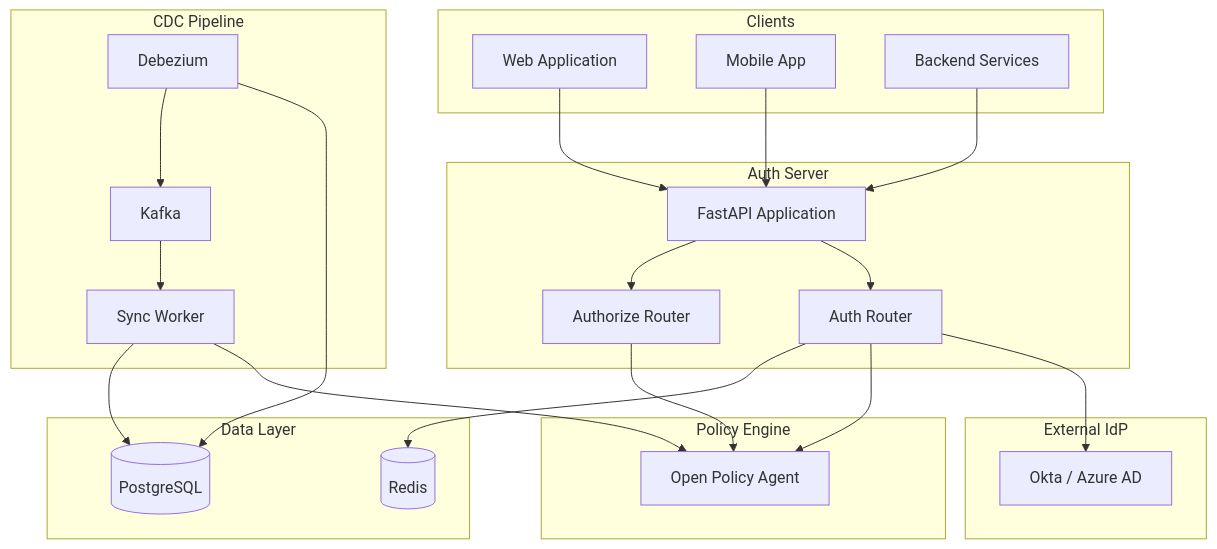
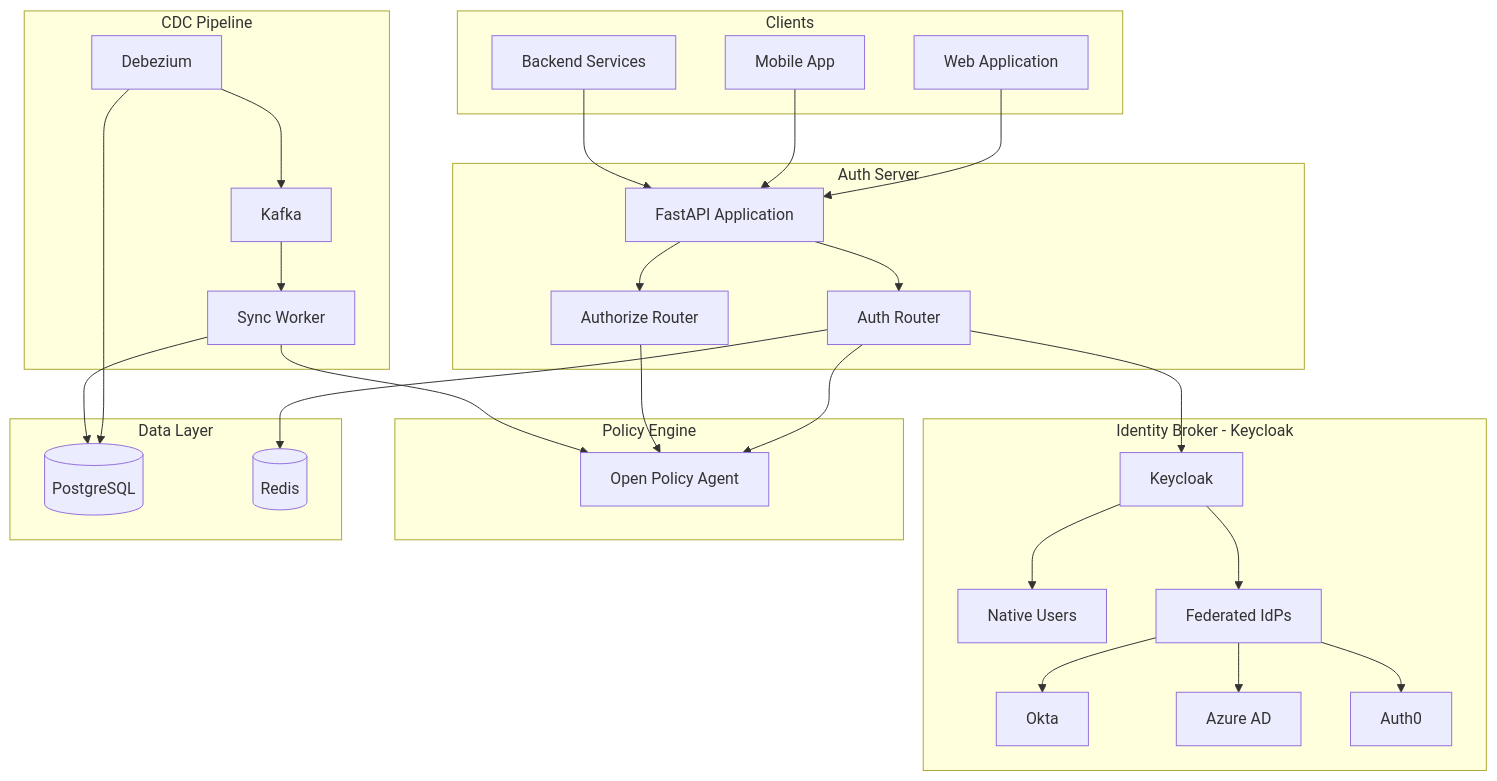
Before and after one commit to Shidhanta95/Autherization-Server: the first of 4 diagrams in v2/docs/architecture.md, drawn with Mermaid. The commit also changed other lines of this file and 11 other files, not shown here.

````diff
--- a/v2/docs/architecture.md
+++ b/v2/docs/architecture.md
@@ -9,52 +9,63 @@
 ```mermaid
 graph TB
     subgraph Clients
         WebApp[Web Application]
         Mobile[Mobile App]
         Services[Backend Services]
     end
 
     subgraph "Auth Server"
         API[FastAPI Application]
         AuthRouter[Auth Router]
         AuthzRouter[Authorize Router]
     end
 
-    subgraph "External IdP"
-        Okta[Okta / Azure AD]
+    subgraph "Identity Broker - Keycloak"
+        KC[Keycloak]
+        NativeUsers[Native Users]
+        FederatedIdPs[Federated IdPs]
+        Okta[Okta]
+        AzureAD[Azure AD]
+        Auth0[Auth0]
     end
 
     subgraph "Policy Engine"
         OPA[Open Policy Agent]
     end
 
     subgraph "Data Layer"
         PG[(PostgreSQL)]
         Redis[(Redis)]
     end
 
     subgraph "CDC Pipeline"
         Debezium[Debezium]
         Kafka[Kafka]
         SyncWorker[Sync Worker]
     end
 
     WebApp --> API
     Mobile --> API
     Services --> API
 
     API --> AuthRouter
     API --> AuthzRouter
 
-    AuthRouter --> Okta
+    AuthRouter --> KC
+    KC --> NativeUsers
+    KC --> FederatedIdPs
+    FederatedIdPs --> Okta
+    FederatedIdPs --> AzureAD
+    FederatedIdPs --> Auth0
+    
     AuthRouter --> OPA
     AuthRouter --> Redis
 
     AuthzRouter --> OPA
 
     Debezium --> PG
     Debezium --> Kafka
     Kafka --> SyncWorker
     SyncWorker --> OPA
     SyncWorker --> PG
 ```
````
